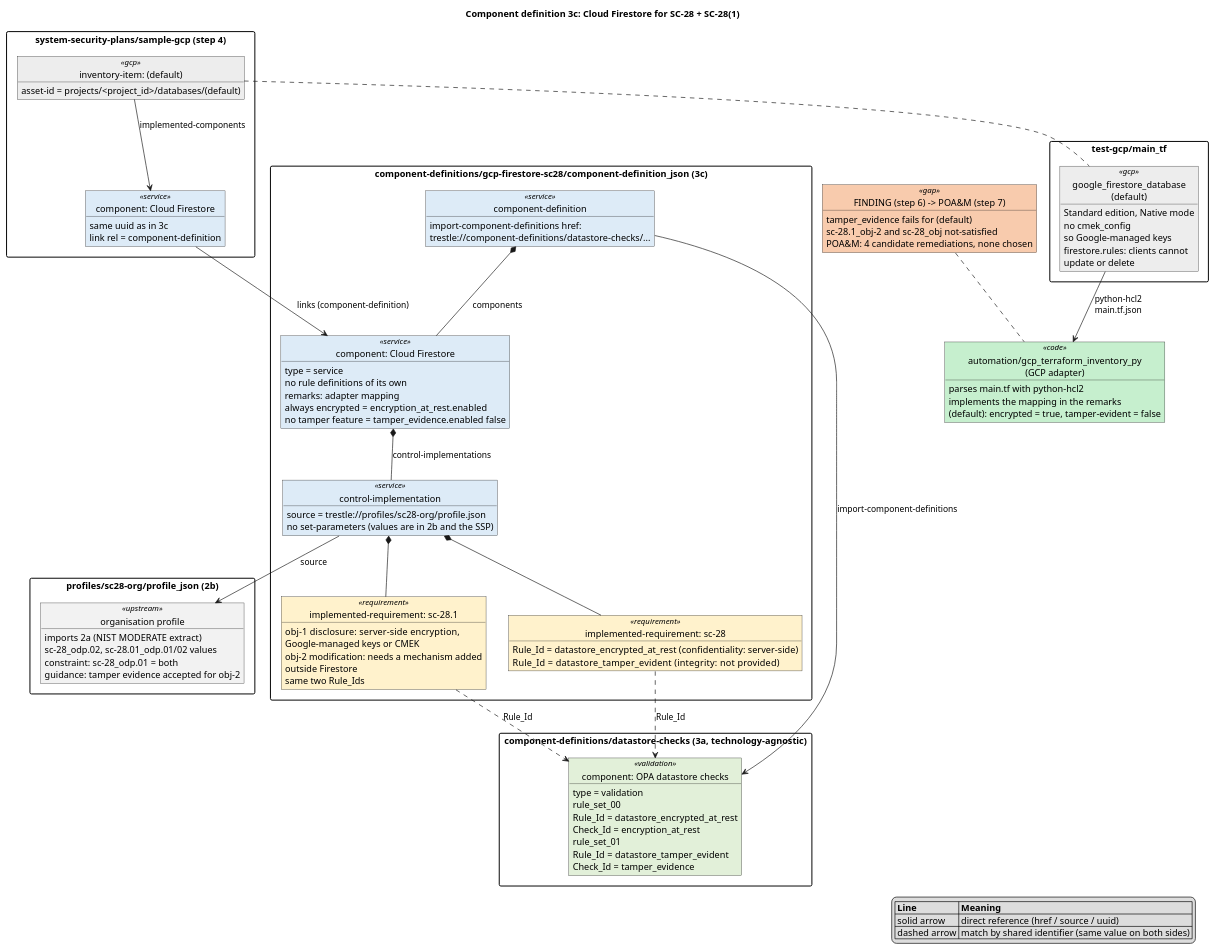
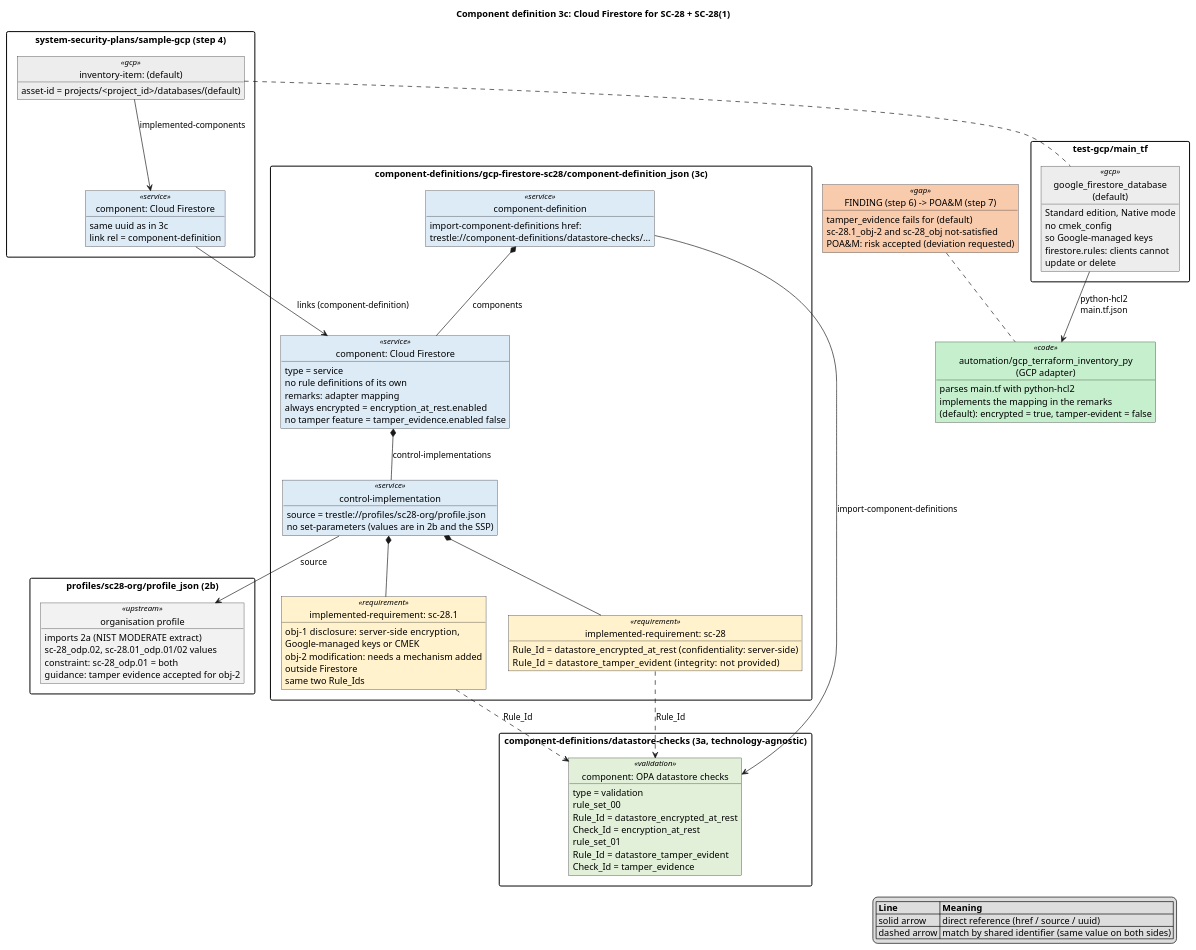
Before and after one commit to wolffy-au/frictionless-sample-oscal: the diagram in diagrams/component-definitions/gcp-firestore-sc28.puml, drawn with PlantUML. The commit also changed 3 other files, not shown here.

First line of the commit message:
Accept the risk for sample-gcp SC-28(1) obj-2 (deviation requested)

```diff
--- a/diagrams/component-definitions/gcp-firestore-sc28.puml
+++ b/diagrams/component-definitions/gcp-firestore-sc28.puml
@@ -1,133 +1,133 @@
 @startuml component-definition-gcp-firestore-sc28
 ' Structure of component-definitions/gcp-firestore-sc28/component-definition.json
 ' (step 3c, platform-specific) and how it relates to the organisation profile,
 ' the technology-agnostic checks (3a), the SSP and the sample-gcp deployment.
 ' The GCP counterpart of azure-sql-sc28.puml.
 ' Package names use '_' instead of '.' (PlantUML splits package names on '.').
 ' Body lines must not start with '-', '+', '#' or '~' (rendered as UML
 ' visibility icons) or with '..' (rendered as a separator).
 title Component definition 3c: Cloud Firestore for SC-28 + SC-28(1)
 hide circle
 skinparam packageStyle rectangle
 skinparam object {
   BackgroundColor<<service>> #DDEBF7
   BackgroundColor<<validation>> #E2F0D9
   BackgroundColor<<requirement>> #FFF2CC
   BackgroundColor<<upstream>> #F2F2F2
   BackgroundColor<<gcp>> #EDEDED
   BackgroundColor<<gap>> #F8CBAD
   BackgroundColor<<code>> #C6EFCE
 }
 
 legend right
   |= Line |= Meaning |
   | solid arrow | direct reference (href / source / uuid) |
   | dashed arrow | match by shared identifier (same value on both sides) |
 endlegend
 
 ' ======================= UPSTREAM OSCAL =======================
 package "profiles/sc28-org/profile_json (2b)" {
   object "organisation profile" as org <<upstream>> {
     imports 2a (NIST MODERATE extract)
     sc-28_odp.02, sc-28.01_odp.01/02 values
     constraint: sc-28_odp.01 = both
     guidance: tamper evidence accepted for obj-2
   }
 }
 
 package "component-definitions/datastore-checks (3a, technology-agnostic)" {
   object "component: OPA datastore checks" as val <<validation>> {
     type = validation
     rule_set_00
       Rule_Id  = datastore_encrypted_at_rest
       Check_Id = encryption_at_rest
     rule_set_01
       Rule_Id  = datastore_tamper_evident
       Check_Id = tamper_evidence
   }
 }
 
 ' ======================= THIS COMPONENT DEFINITION =======================
 package "component-definitions/gcp-firestore-sc28/component-definition_json (3c)" {
   object "component-definition" as cdroot <<service>> {
     import-component-definitions href:
       trestle://component-definitions/datastore-checks/...
   }
   object "component: Cloud Firestore" as svc <<service>> {
     type = service
     no rule definitions of its own
     remarks: adapter mapping
       always encrypted  = encryption_at_rest.enabled
       no tamper feature = tamper_evidence.enabled false
   }
   object "control-implementation" as ci <<service>> {
     source = trestle://profiles/sc28-org/profile.json
     no set-parameters (values are in 2b and the SSP)
   }
   object "implemented-requirement: sc-28" as ir28 <<requirement>> {
     Rule_Id = datastore_encrypted_at_rest  (confidentiality: server-side)
     Rule_Id = datastore_tamper_evident     (integrity: not provided)
   }
   object "implemented-requirement: sc-28.1" as ir281 <<requirement>> {
     obj-1 disclosure:   server-side encryption,
                         Google-managed keys or CMEK
     obj-2 modification: needs a mechanism added
                         outside Firestore
     same two Rule_Ids
   }
 }
 
 ' ======================= DOWNSTREAM =======================
 package "system-security-plans/sample-gcp (step 4)" {
   object "component: Cloud Firestore" as ssp_comp <<service>> {
     same uuid as in 3c
     link rel = component-definition
   }
   object "inventory-item: (default)" as ssp_inv <<gcp>> {
     asset-id = projects/<project_id>/databases/(default)
   }
 }
 
 package "test-gcp/main_tf" {
   object "google_firestore_database\n(default)" as fs_db <<gcp>> {
     Standard edition, Native mode
     no cmek_config
       so Google-managed keys
     firestore.rules: clients cannot
       update or delete
   }
 }
 
 object "automation/gcp_terraform_inventory_py\n(GCP adapter)" as adapter <<code>> {
   parses main.tf with python-hcl2
   implements the mapping in the remarks
   (default): encrypted = true, tamper-evident = false
 }
 
 object "FINDING (step 6) -> POA&M (step 7)" as gap <<gap>> {
   tamper_evidence fails for (default)
   sc-28.1_obj-2 and sc-28_obj not-satisfied
-  POA&M: 4 candidate remediations, none chosen
+  POA&M: risk accepted (deviation requested)
 }
 
 ' containment
 cdroot *-- svc : components
 svc *-- ci : control-implementations
 ci *-- ir28
 ci *-- ir281
 
 ' direct references (solid)
 cdroot --> val : import-component-definitions
 ci --> org : source
 ssp_comp --> svc : links (component-definition)
 ssp_inv --> ssp_comp : implemented-components
 
 ' shared identifiers (dashed)
 ir28 ..> val : Rule_Id
 ir281 ..> val : Rule_Id
 
 ' evidence path
 fs_db --> adapter : python-hcl2\nmain.tf.json
 ssp_inv .. fs_db
 gap .. adapter
 @enduml
```
